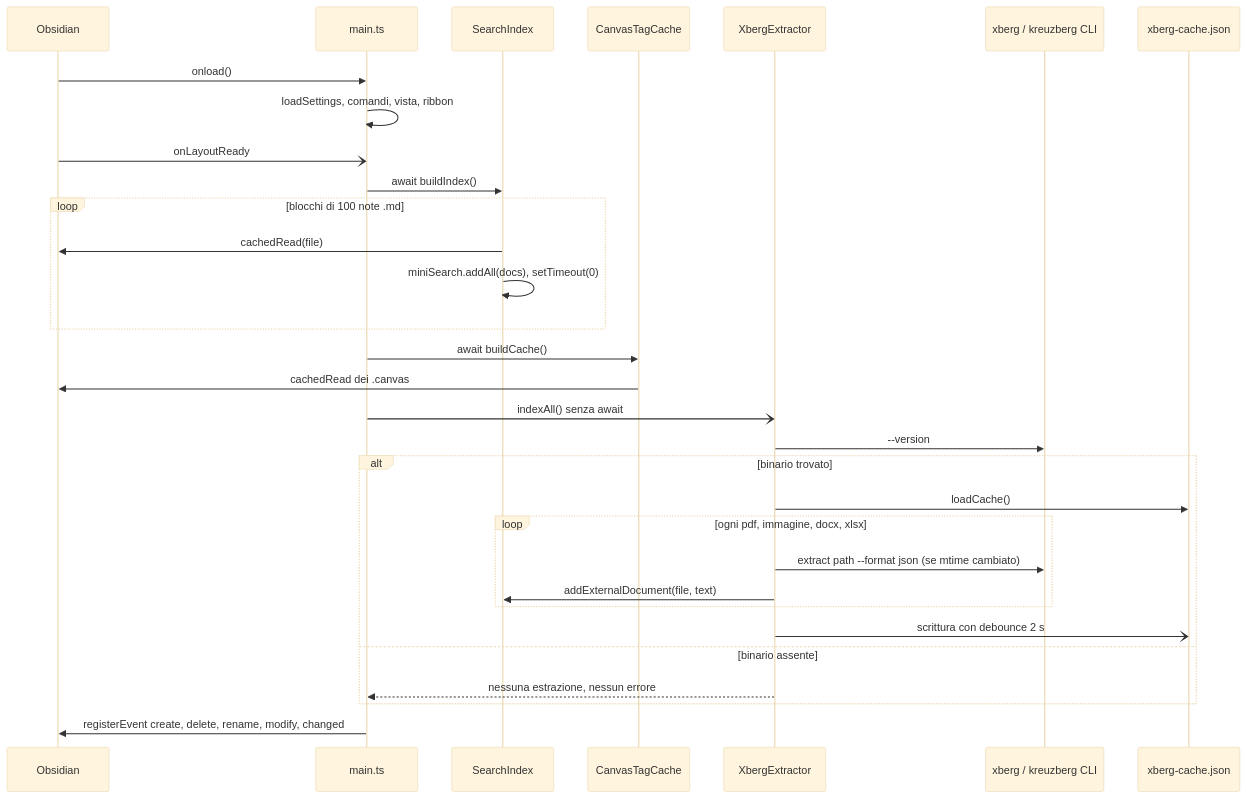
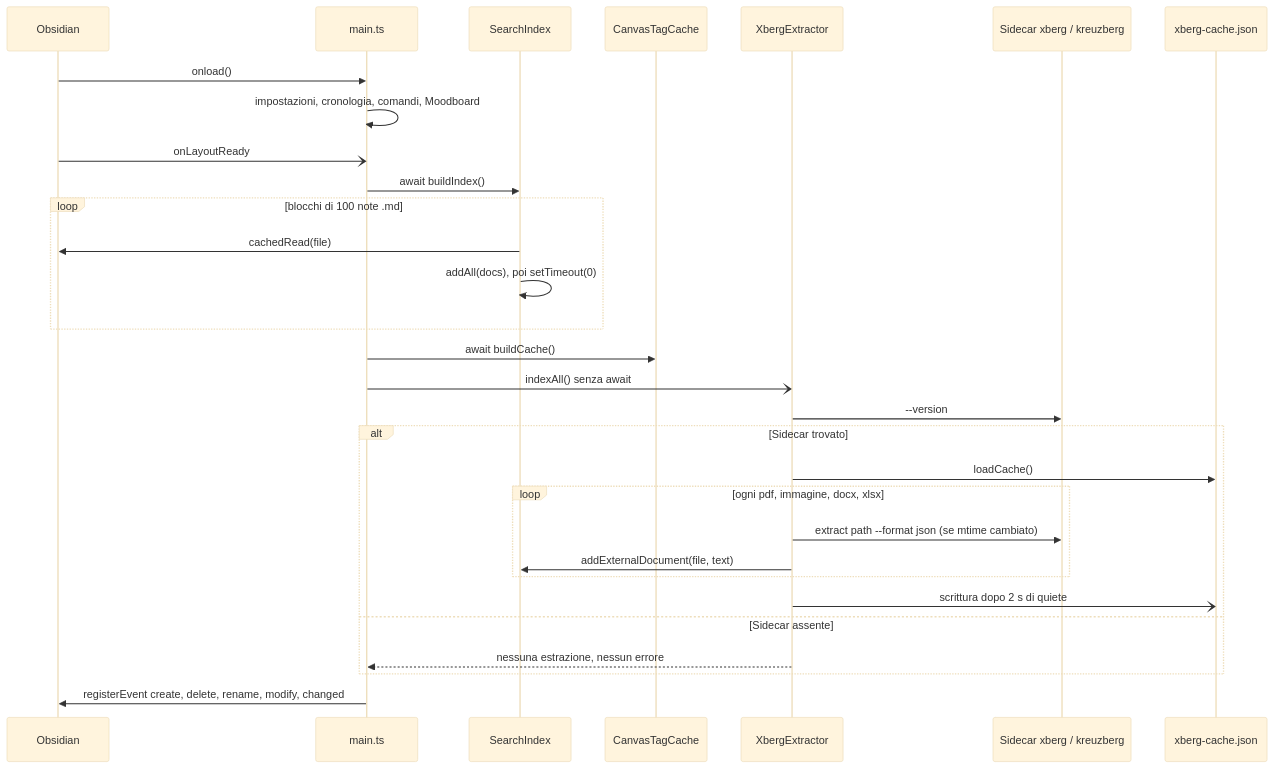
The diagram in docs/03-flusso-indicizzazione.md (faienz93/obsidian-better-finder), drawn with Mermaid (base theme) before and after one commit. The commit also changed other lines of this file and 10 other files, not shown here.

````diff
--- a/docs/03-flusso-indicizzazione.md
+++ b/docs/03-flusso-indicizzazione.md
@@ -13,34 +13,33 @@
 ```mermaid
 sequenceDiagram
   participant O as Obsidian
   participant M as main.ts
   participant SI as SearchIndex
   participant CT as CanvasTagCache
   participant XE as XbergExtractor
-  participant X as xberg / kreuzberg CLI
+  participant X as Sidecar xberg / kreuzberg
   participant XC as xberg-cache.json
 
   O->>M: onload()
-  M->>M: loadSettings, comandi, vista, ribbon
+  M->>M: impostazioni, cronologia, comandi, Moodboard
   O-)M: onLayoutReady
   M->>SI: await buildIndex()
   loop blocchi di 100 note .md
     SI->>O: cachedRead(file)
-    SI->>SI: miniSearch.addAll(docs), setTimeout(0)
+    SI->>SI: addAll(docs), poi setTimeout(0)
   end
   M->>CT: await buildCache()
-  CT->>O: cachedRead dei .canvas
   M-)XE: indexAll() senza await
   XE->>X: --version
-  alt binario trovato
+  alt Sidecar trovato
     XE->>XC: loadCache()
     loop ogni pdf, immagine, docx, xlsx
       XE->>X: extract path --format json (se mtime cambiato)
       XE->>SI: addExternalDocument(file, text)
     end
-    XE-)XC: scrittura con debounce 2 s
-  else binario assente
+    XE-)XC: scrittura dopo 2 s di quiete
+  else Sidecar assente
     XE-->>M: nessuna estrazione, nessun errore
   end
   M->>O: registerEvent create, delete, rename, modify, changed
 ```
````
